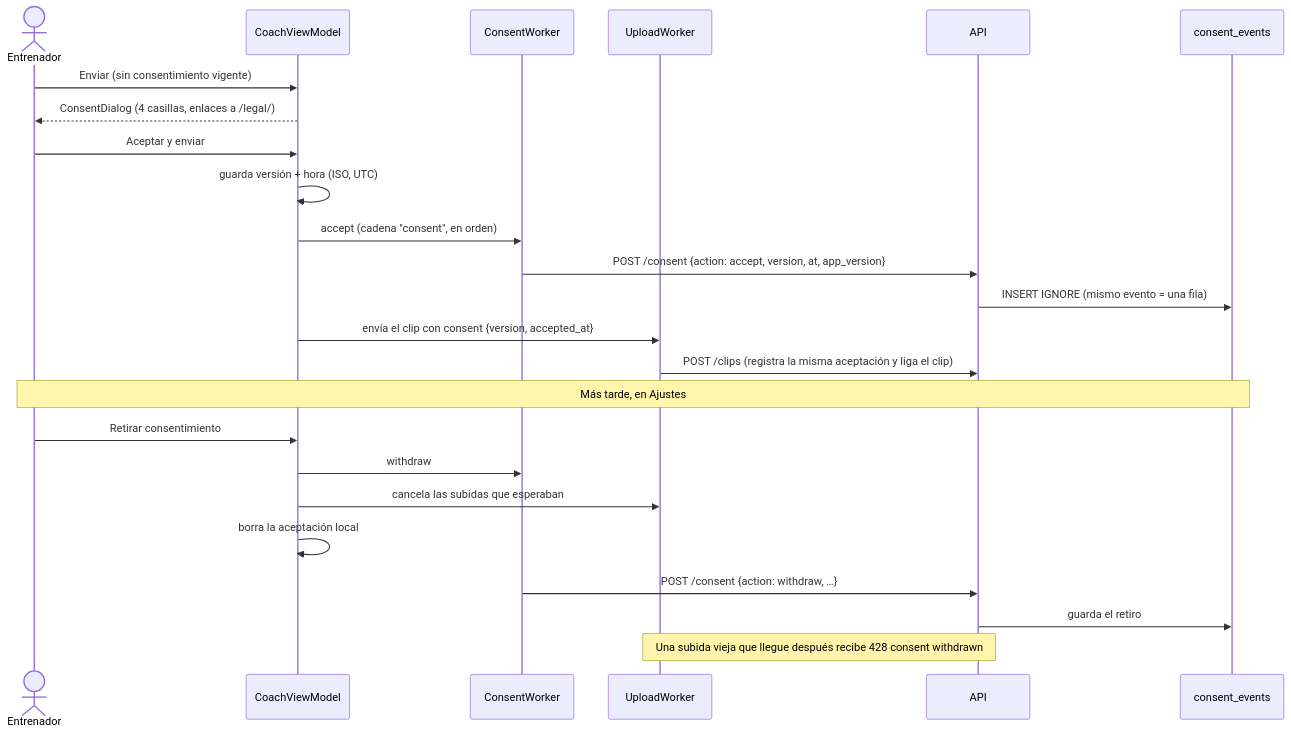
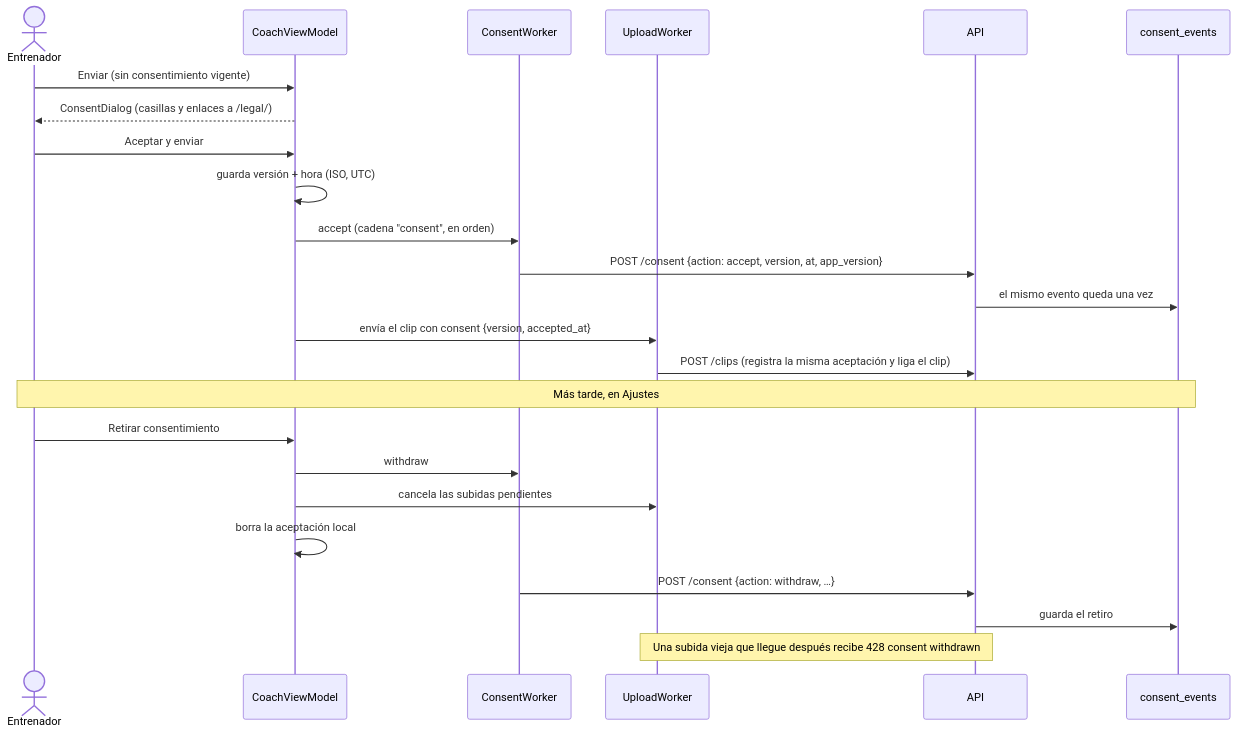
One commit to pepemxl/meta-ai-hackathon-2026 changed the fourth of 7 diagrams in docs/arquitectura/04-flujos.md. Above: the diagram before and after it, drawn with Mermaid. The commit also changed other lines of this file and 16 other files, not shown here.

````diff
--- a/docs/arquitectura/04-flujos.md
+++ b/docs/arquitectura/04-flujos.md
@@ -121,28 +133,28 @@
 ```mermaid
 sequenceDiagram
     actor E as Entrenador
     participant VM as CoachViewModel
     participant CW as ConsentWorker
     participant UW as UploadWorker
     participant API as API
     participant DB as consent_events
 
     E->>VM: Enviar (sin consentimiento vigente)
-    VM-->>E: ConsentDialog (4 casillas, enlaces a /legal/)
+    VM-->>E: ConsentDialog (casillas y enlaces a /legal/)
     E->>VM: Aceptar y enviar
     VM->>VM: guarda versión + hora (ISO, UTC)
     VM->>CW: accept (cadena "consent", en orden)
     CW->>API: POST /consent {action: accept, version, at, app_version}
-    API->>DB: INSERT IGNORE (mismo evento = una fila)
+    API->>DB: el mismo evento queda una vez
     VM->>UW: envía el clip con consent {version, accepted_at}
     UW->>API: POST /clips (registra la misma aceptación y liga el clip)
 
     Note over E,DB: Más tarde, en Ajustes
     E->>VM: Retirar consentimiento
     VM->>CW: withdraw
-    VM->>UW: cancela las subidas que esperaban
+    VM->>UW: cancela las subidas pendientes
     VM->>VM: borra la aceptación local
     CW->>API: POST /consent {action: withdraw, …}
     API->>DB: guarda el retiro
     Note over UW,API: Una subida vieja que llegue después recibe 428 consent withdrawn
 ```
````
